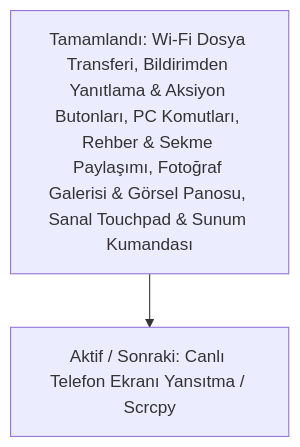
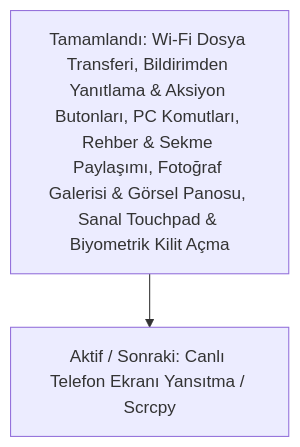
The diagram in FEATURE_COMPARISON.md (bysinbin/android-sync), drawn with Mermaid before and after one commit. The commit also changed other lines of this file and 15 other files, not shown here.

Commit message:
feat: Biyometrik Kilit Açma (Biometric PC/Mac Unlock via Phone Fingerprint/Face)

````diff
--- a/FEATURE_COMPARISON.md
+++ b/FEATURE_COMPARISON.md
@@ -131,4 +131,4 @@
 ```mermaid
 graph TD
-    A[Tamamlandı: Wi-Fi Dosya Transferi, Bildirimden Yanıtlama & Aksiyon Butonları, PC Komutları, Rehber & Sekme Paylaşımı, Fotoğraf Galerisi & Görsel Panosu, Sanal Touchpad & Sunum Kumandası] --> B[Aktif / Sonraki: Canlı Telefon Ekranı Yansıtma / Scrcpy]
+    A[Tamamlandı: Wi-Fi Dosya Transferi, Bildirimden Yanıtlama & Aksiyon Butonları, PC Komutları, Rehber & Sekme Paylaşımı, Fotoğraf Galerisi & Görsel Panosu, Sanal Touchpad & Biyometrik Kilit Açma] --> B[Aktif / Sonraki: Canlı Telefon Ekranı Yansıtma / Scrcpy]
 ```
````
